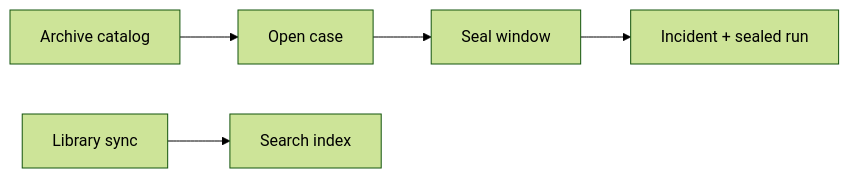
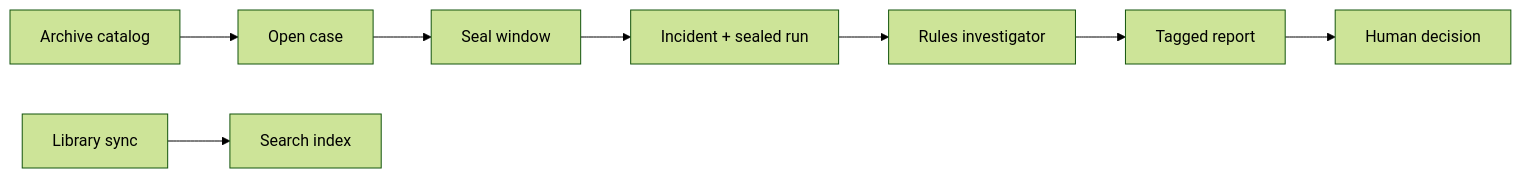
The diagram in README.md (pchung39/orbit), drawn with Mermaid (forest theme) before and after one commit. The commit also changed other lines of this file, not shown here.

````diff
--- a/README.md
+++ b/README.md
@@ -91,13 +169,16 @@
 ```mermaid
 flowchart LR
   Archive[Archive catalog]
   Open[Open case]
   Seal[Seal window]
   Case[Incident + sealed run]
   LibSync[Library sync]
   Index[Search index]
 
   Archive --> Open
   Open --> Seal --> Case
   LibSync --> Index
+  Case --> Investigate[Rules investigator]
+  Investigate --> Report[Tagged report]
+  Report --> Decision[Human decision]
 ```
````
